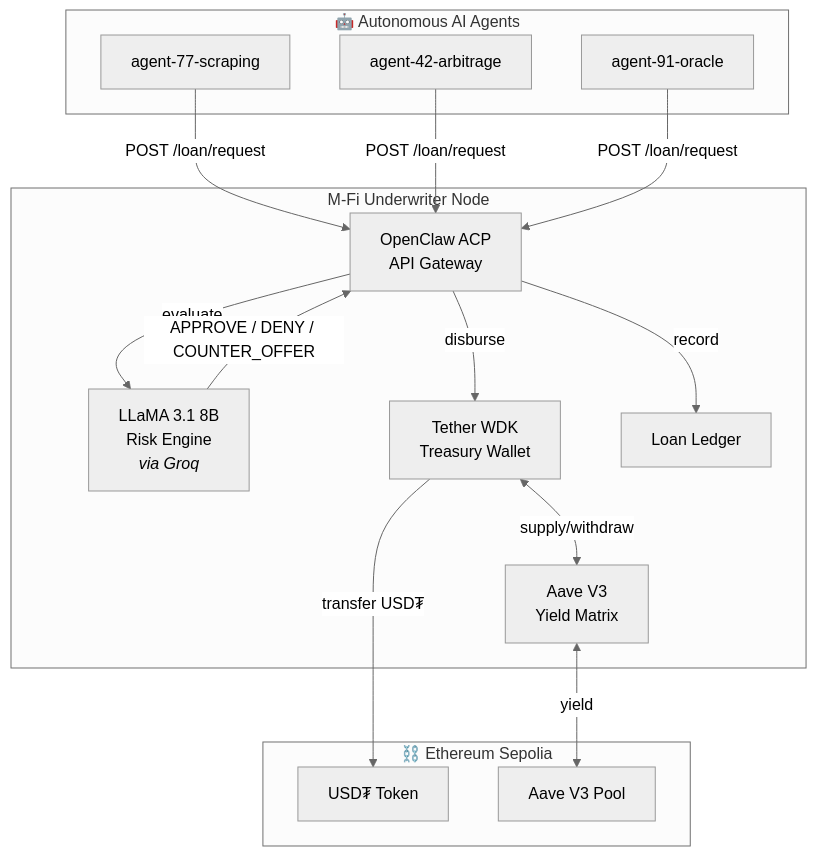
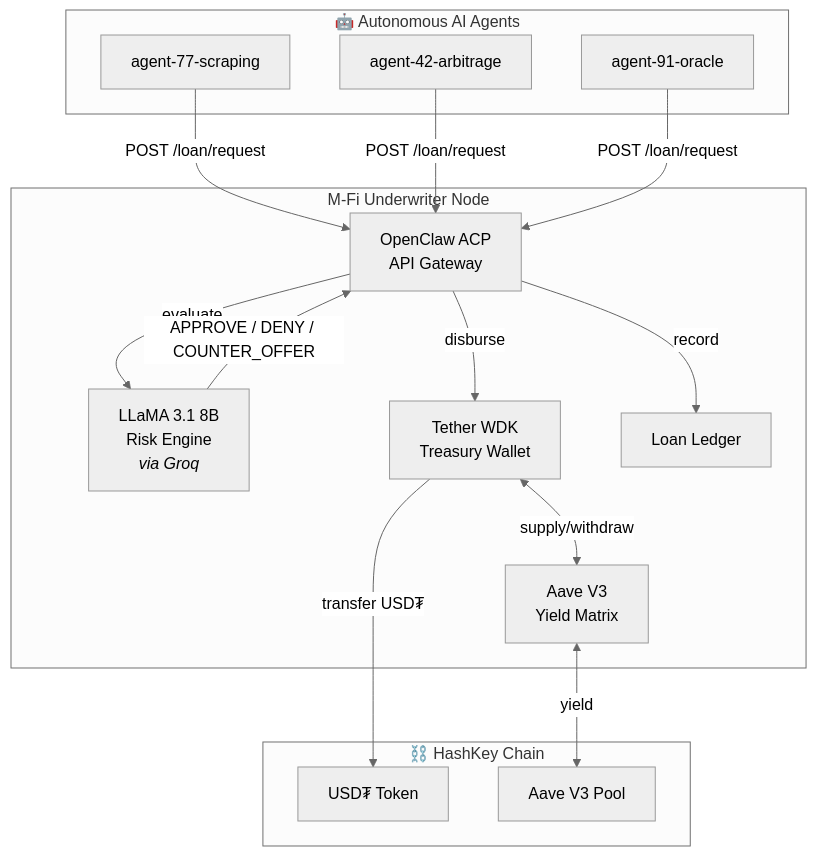
One commit to mendouksaiii/m-fi-underwriter changed the diagram in README.md. Above: the diagram before and after it, drawn with Mermaid (neutral theme). The commit also changed other lines of this file, not shown here.

Commit message:
docs: update README for HashKey Chain migration

````diff
--- a/README.md
+++ b/README.md
@@ -13,34 +13,34 @@
 ```mermaid
 graph TB
     subgraph Agents["🤖 Autonomous AI Agents"]
         A1["agent-77-scraping"]
         A2["agent-42-arbitrage"]
         A3["agent-91-oracle"]
     end
 
     subgraph MFi["M-Fi Underwriter Node"]
         API["OpenClaw ACP<br/>API Gateway"]
         AI["LLaMA 3.1 8B<br/>Risk Engine<br/><i>via Groq</i>"]
         WDK["Tether WDK<br/>Treasury Wallet"]
         AAVE["Aave V3<br/>Yield Matrix"]
         STORE["Loan Ledger"]
     end
 
-    subgraph Chain["⛓️ Ethereum Sepolia"]
+    subgraph Chain["⛓️ HashKey Chain"]
         USDT["USD₮ Token"]
         POOL["Aave V3 Pool"]
     end
 
     A1 -->|"POST /loan/request"| API
     A2 -->|"POST /loan/request"| API
     A3 -->|"POST /loan/request"| API
     
     API -->|"evaluate"| AI
     AI -->|"APPROVE / DENY / COUNTER_OFFER"| API
     API -->|"record"| STORE
     API -->|"disburse"| WDK
     
     WDK -->|"transfer USD₮"| USDT
     WDK <-->|"supply/withdraw"| AAVE
     AAVE <-->|"yield"| POOL
 ```
````
